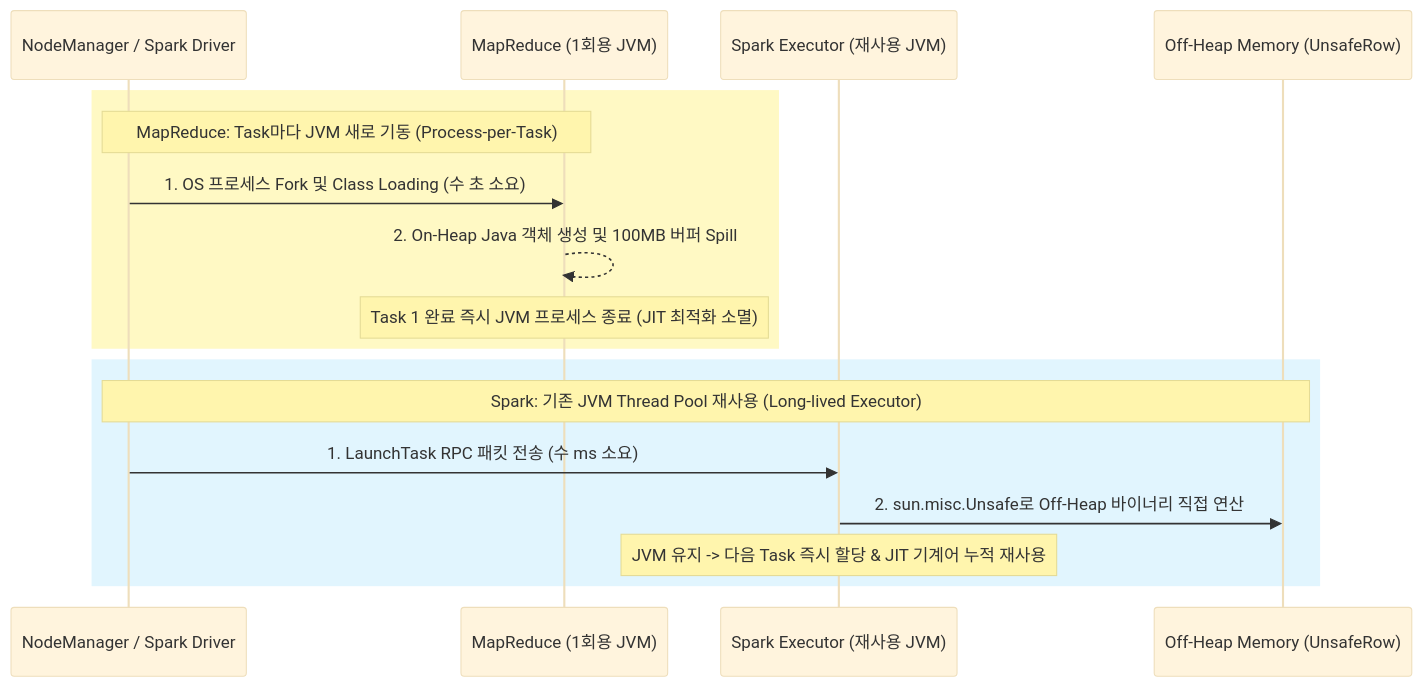
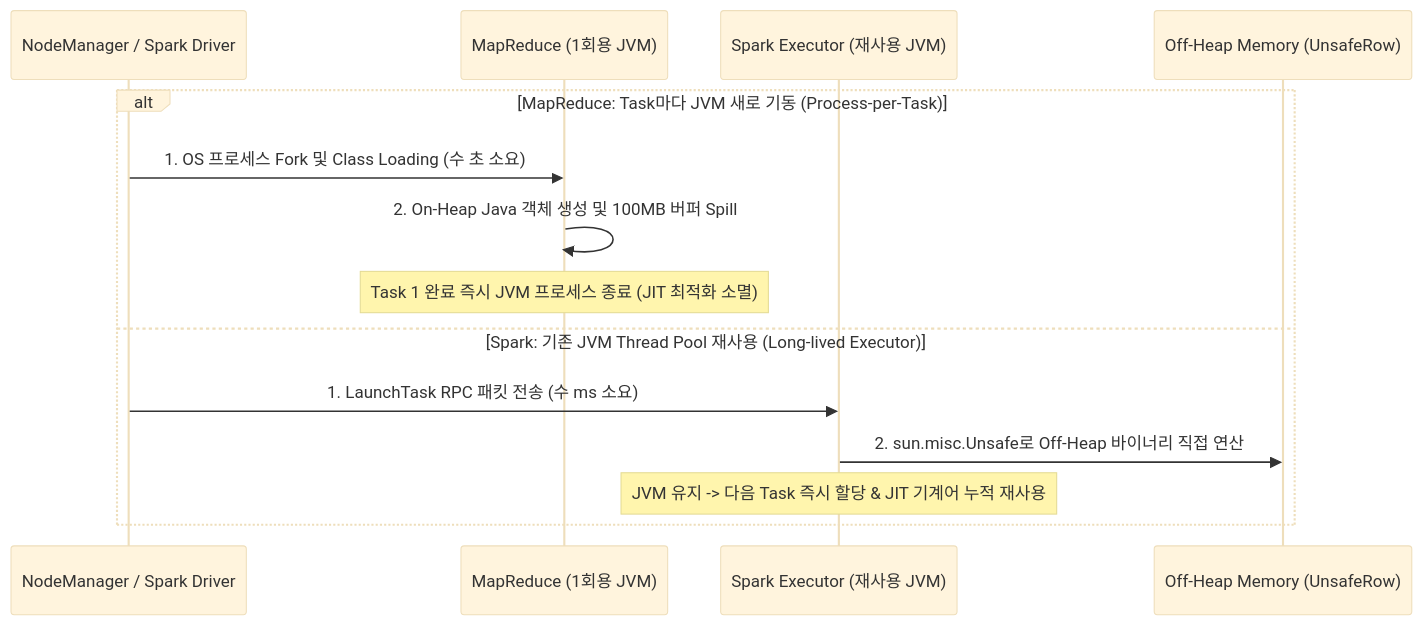
Before and after one commit to djpibo/djpibo.github.io: the first of 11 diagrams in docs/dbms/distributed/mapreduce-spark-and-distributed-db-internals.md, drawn with Mermaid (base theme). The commit also changed other lines of this file and 8 other files, not shown here.

Commit message:
style(mermaid): unify all diagrams to monochrome and remove colored rect boxes

````diff
--- a/docs/dbms/distributed/mapreduce-spark-and-distributed-db-internals.md
+++ b/docs/dbms/distributed/mapreduce-spark-and-distributed-db-internals.md
@@ -21,21 +21,17 @@
 ```mermaid
 sequenceDiagram
     participant Master as NodeManager / Spark Driver
     participant MR as MapReduce (1회용 JVM)
     participant SP as Spark Executor (재사용 JVM)
     participant Mem as Off-Heap Memory (UnsafeRow)
 
-    rect rgb(255, 249, 196)
-        Note over Master,MR: MapReduce: Task마다 JVM 새로 기동 (Process-per-Task)
+    alt MapReduce: Task마다 JVM 새로 기동 (Process-per-Task)
         Master->>MR: 1. OS 프로세스 Fork 및 Class Loading (수 초 소요)
-        MR-->>MR: 2. On-Heap Java 객체 생성 및 100MB 버퍼 Spill
+        MR->>MR: 2. On-Heap Java 객체 생성 및 100MB 버퍼 Spill
         Note over MR: Task 1 완료 즉시 JVM 프로세스 종료 (JIT 최적화 소멸)
-    end
-
-    rect rgb(225, 245, 254)
-        Note over Master,Mem: Spark: 기존 JVM Thread Pool 재사용 (Long-lived Executor)
+    else Spark: 기존 JVM Thread Pool 재사용 (Long-lived Executor)
         Master->>SP: 1. LaunchTask RPC 패킷 전송 (수 ms 소요)
         SP->>Mem: 2. sun.misc.Unsafe로 Off-Heap 바이너리 직접 연산
         Note over SP: JVM 유지 -> 다음 Task 즉시 할당 & JIT 기계어 누적 재사용
     end
 ```
````
